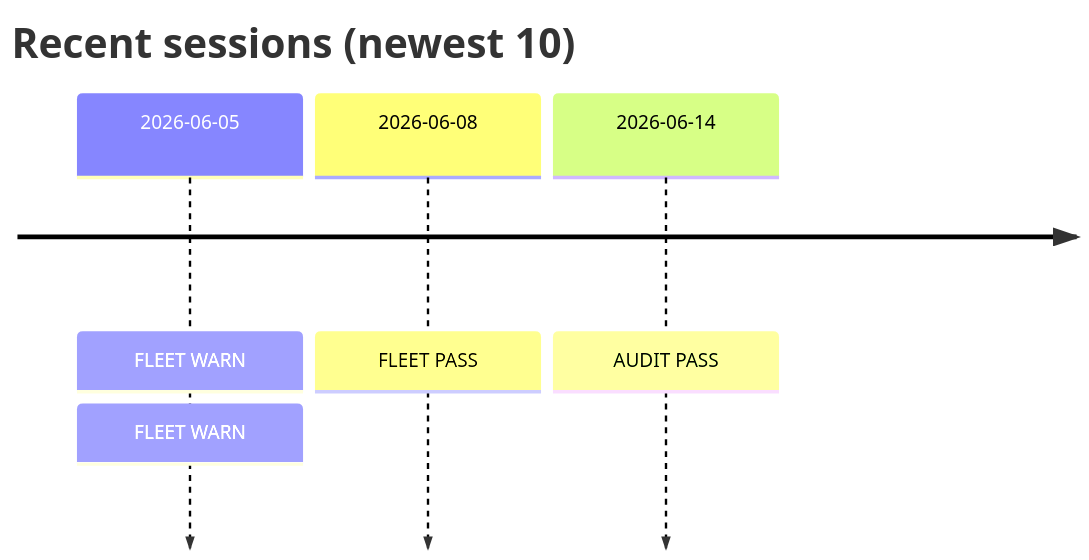
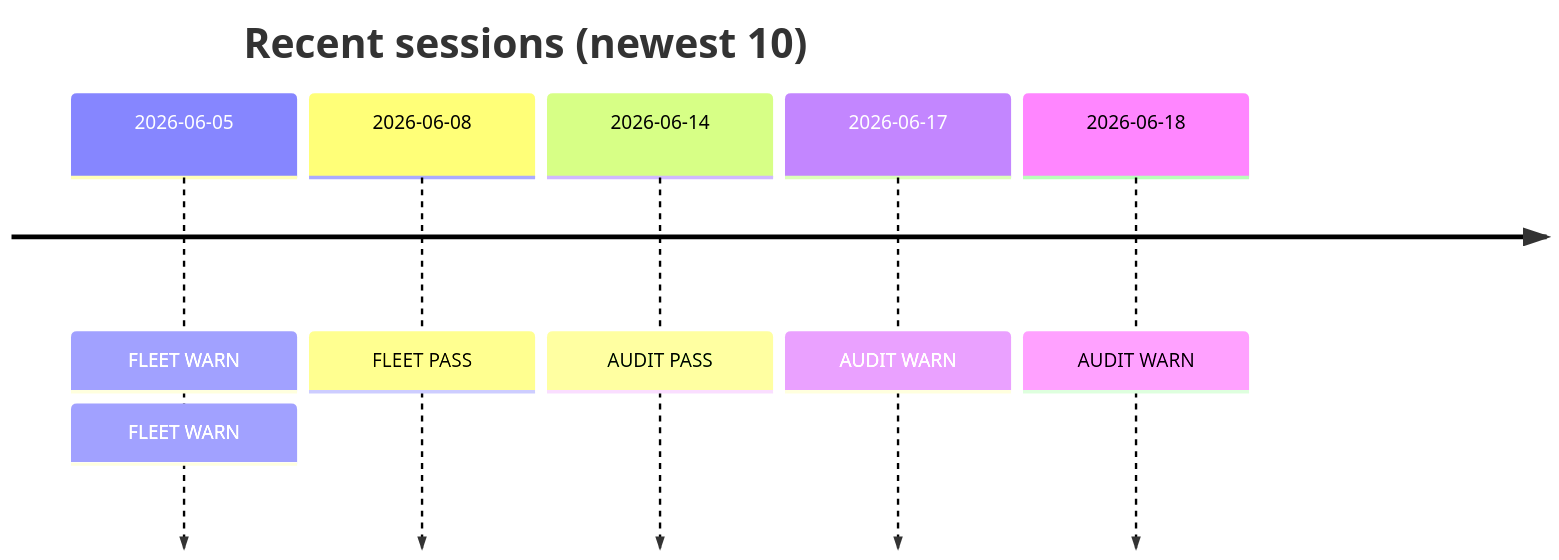
One commit to Neoptolemospapadiofantous/automation_dashboard changed the diagram in docs/hermes/dashboard.md. Above: the diagram before and after it, drawn with Mermaid. The commit also changed other lines of this file and 41 other files, not shown here.

````diff
--- a/docs/hermes/dashboard.md
+++ b/docs/hermes/dashboard.md
@@ -15,11 +15,15 @@
 ```mermaid
 timeline
     title Recent sessions (newest 10)
     2026-06-05
         : FLEET WARN
         : FLEET WARN
     2026-06-08
         : FLEET PASS
     2026-06-14
         : AUDIT PASS
+    2026-06-17
+        : AUDIT WARN
+    2026-06-18
+        : AUDIT WARN
 ```
````
